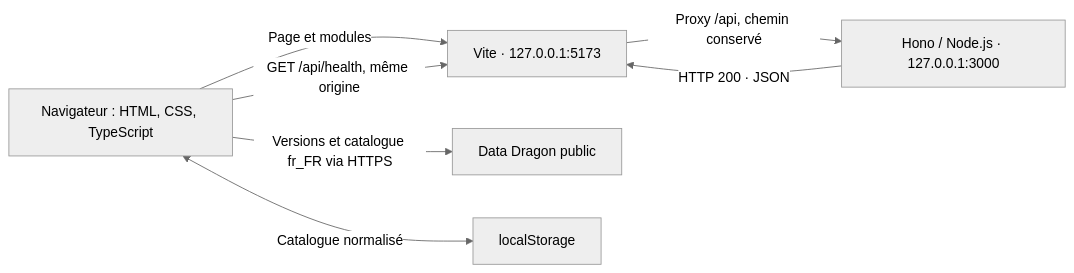
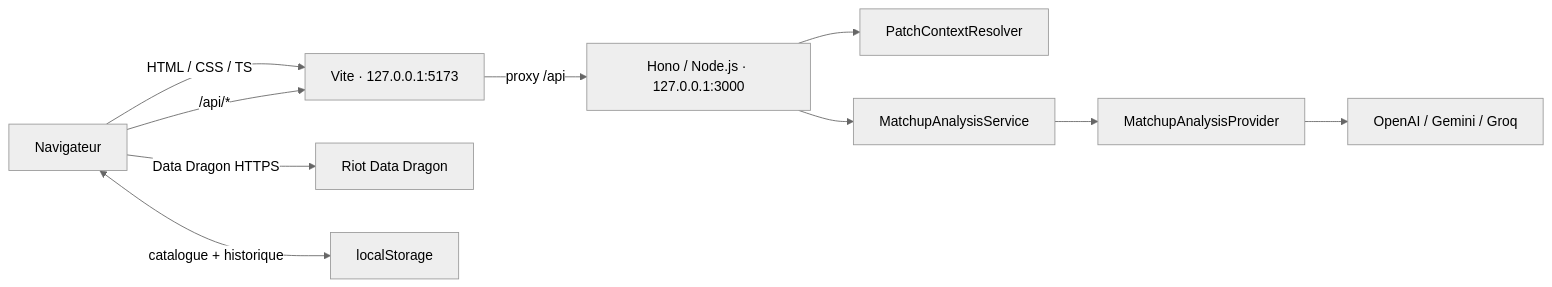
One commit to Braoux/LaneLens changed the diagram in docs/architecture.md. Above: the diagram before and after it, drawn with Mermaid (neutral theme). The commit also changed other lines of this file, not shown here.

Commit message:
docs: refresh architecture to current runtime

````diff
--- a/docs/architecture.md
+++ b/docs/architecture.md
@@ -19,9 +25,12 @@
 ```mermaid
 flowchart LR
-    B["Navigateur : HTML, CSS, TypeScript"] -->|"Page et modules"| V["Vite · 127.0.0.1:5173"]
-    B -->|"GET /api/health, même origine"| V
-    V -->|"Proxy /api, chemin conservé"| H["Hono / Node.js · 127.0.0.1:3000"]
-    H -->|"HTTP 200 · JSON"| V
-    B -->|"Versions et catalogue fr_FR via HTTPS"| D["Data Dragon public"]
-    B <-->|"Catalogue normalisé"| L["localStorage"]
+    B["Navigateur"] -->|"HTML / CSS / TS"| V["Vite · 127.0.0.1:5173"]
+    B -->|"/api/*"| V
+    V -->|"proxy /api"| H["Hono / Node.js · 127.0.0.1:3000"]
+    B -->|"Data Dragon HTTPS"| D["Riot Data Dragon"]
+    B <-->|"catalogue + historique"| L["localStorage"]
+    H --> P["PatchContextResolver"]
+    H --> S["MatchupAnalysisService"]
+    S --> I["MatchupAnalysisProvider"]
+    I --> O["OpenAI / Gemini / Groq"]
 ```
````
